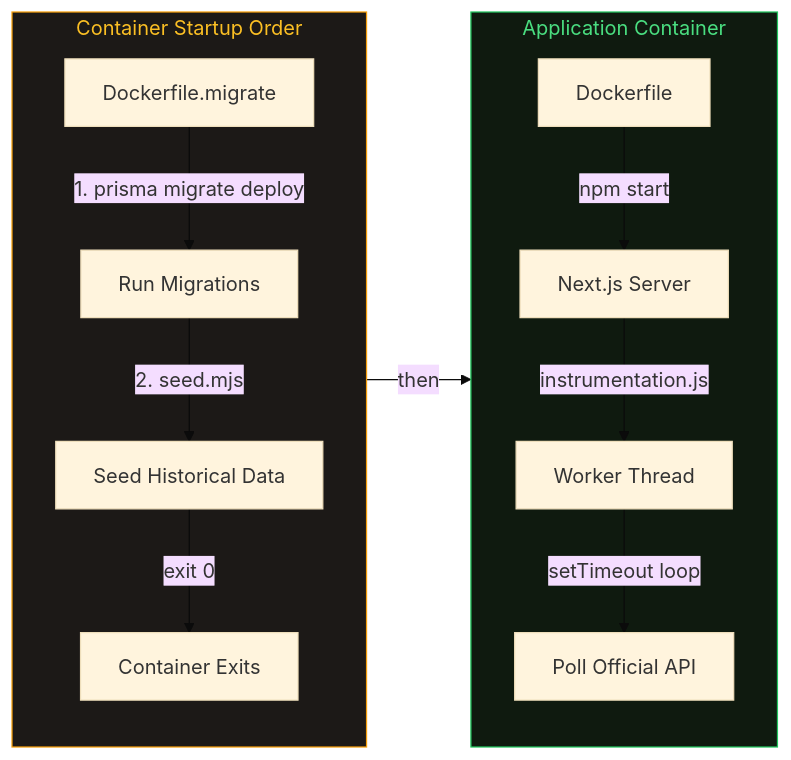
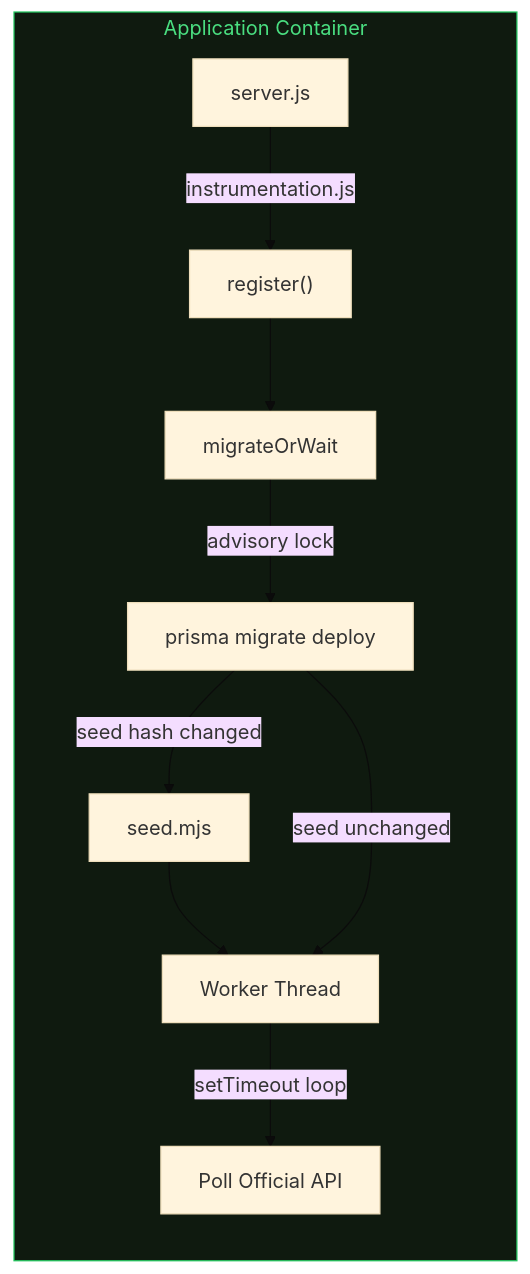
Before and after one commit to elfensky/helldivers.bot: the first of 3 diagrams in src/app/docs/infrastructure/page.mdx, drawn with Mermaid (base theme). The commit also changed other lines of this file and 8 other files, not shown here.

First line of the commit message:
docs: describe migrate-on-start (#599)

````diff
--- a/src/app/docs/infrastructure/page.mdx
+++ b/src/app/docs/infrastructure/page.mdx
@@ -13,21 +13,15 @@
 ```mermaid
 graph LR
-    subgraph Startup["Container Startup Order"]
-        direction TB
-        M["Dockerfile.migrate"] --> |"1. prisma migrate deploy"| MIG["Run Migrations"]
-        MIG --> |"2. seed.mjs"| SEED["Seed Historical Data"]
-        SEED --> |"exit 0"| DONE["Container Exits"]
-    end
-
     subgraph App["Application Container"]
         direction TB
-        A["Dockerfile"] --> |"npm start"| SERVER["Next.js Server"]
-        SERVER --> |"instrumentation.js"| WORKER["Worker Thread"]
+        SERVER["server.js"] --> |"instrumentation.js"| REG["register()"]
+        REG --> MIG["migrateOrWait"]
+        MIG --> |"advisory lock"| DEPLOY["prisma migrate deploy"]
+        DEPLOY --> |"seed hash changed"| SEED["seed.mjs"]
+        SEED --> WORKER["Worker Thread"]
+        DEPLOY --> |"seed unchanged"| WORKER
         WORKER --> |"setTimeout loop"| POLL["Poll Official API"]
     end
 
-    Startup --> |"then"| App
-
-    style Startup fill:#1c1917,stroke:#f59e0b,color:#fbbf24
     style App fill:#0f1a0f,stroke:#22c55e,color:#4ade80
 ```
````
